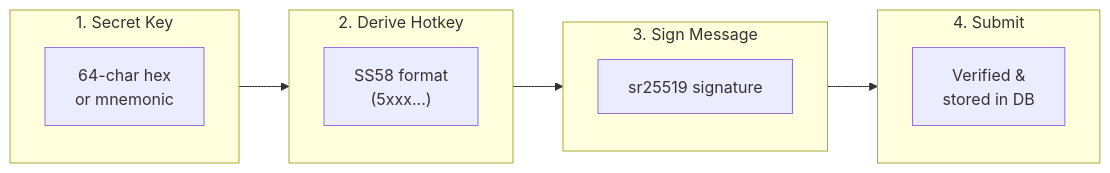
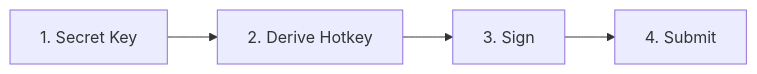
The second of 4 diagrams in AGENTS.md (PlatformNetwork/bounty-challenge), drawn with Mermaid before and after one commit. The commit also changed other lines of this file and 2 other files, not shown here.

Commit message:
docs: simplify Mermaid diagrams for better GitHub rendering

````diff
--- a/AGENTS.md
+++ b/AGENTS.md
@@ -56,20 +48,4 @@
 ```mermaid
 flowchart LR
-    subgraph Step1["1. Secret Key"]
-        K1["64-char hex<br/>or mnemonic"]
-    end
-    
-    subgraph Step2["2. Derive Hotkey"]
-        K2["SS58 format<br/>(5xxx...)"]
-    end
-    
-    subgraph Step3["3. Sign Message"]
-        K3["sr25519 signature"]
-    end
-    
-    subgraph Step4["4. Submit"]
-        K4["Verified &<br/>stored in DB"]
-    end
-    
-    Step1 --> Step2 --> Step3 --> Step4
+    A["1. Secret Key"] --> B["2. Derive Hotkey"] --> C["3. Sign"] --> D["4. Submit"]
 ```
````
